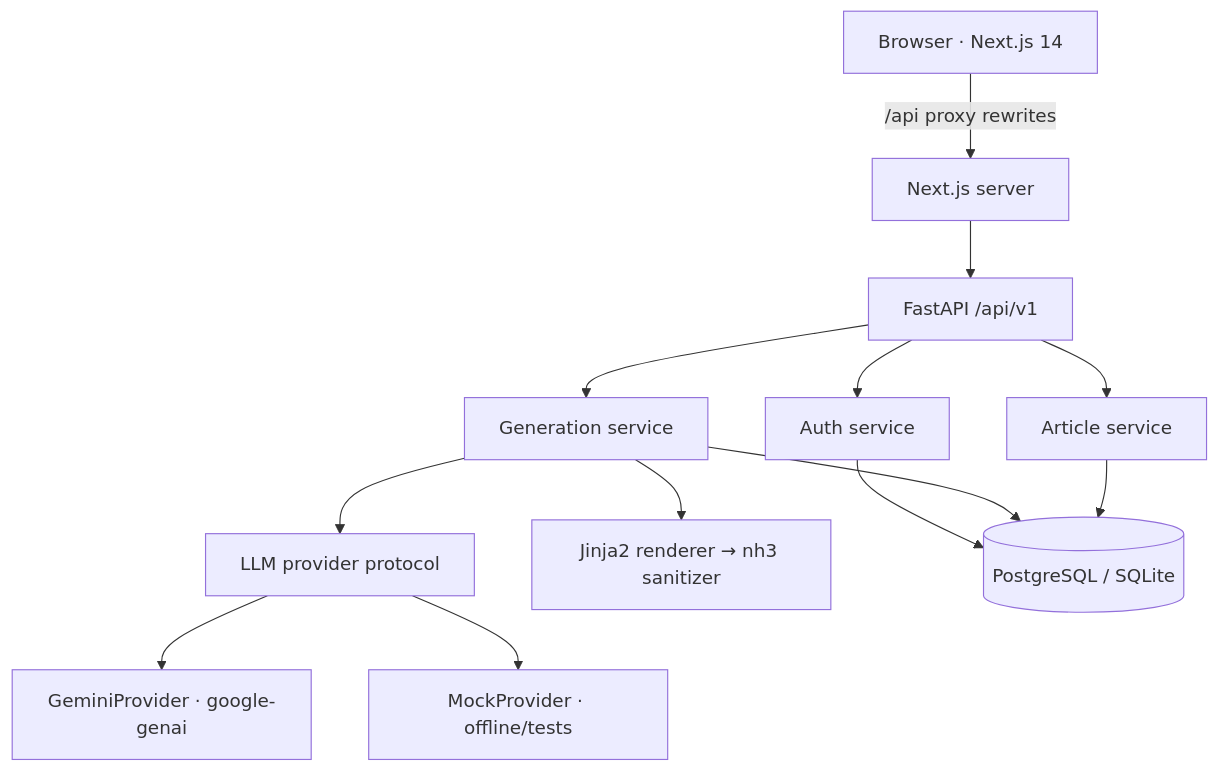
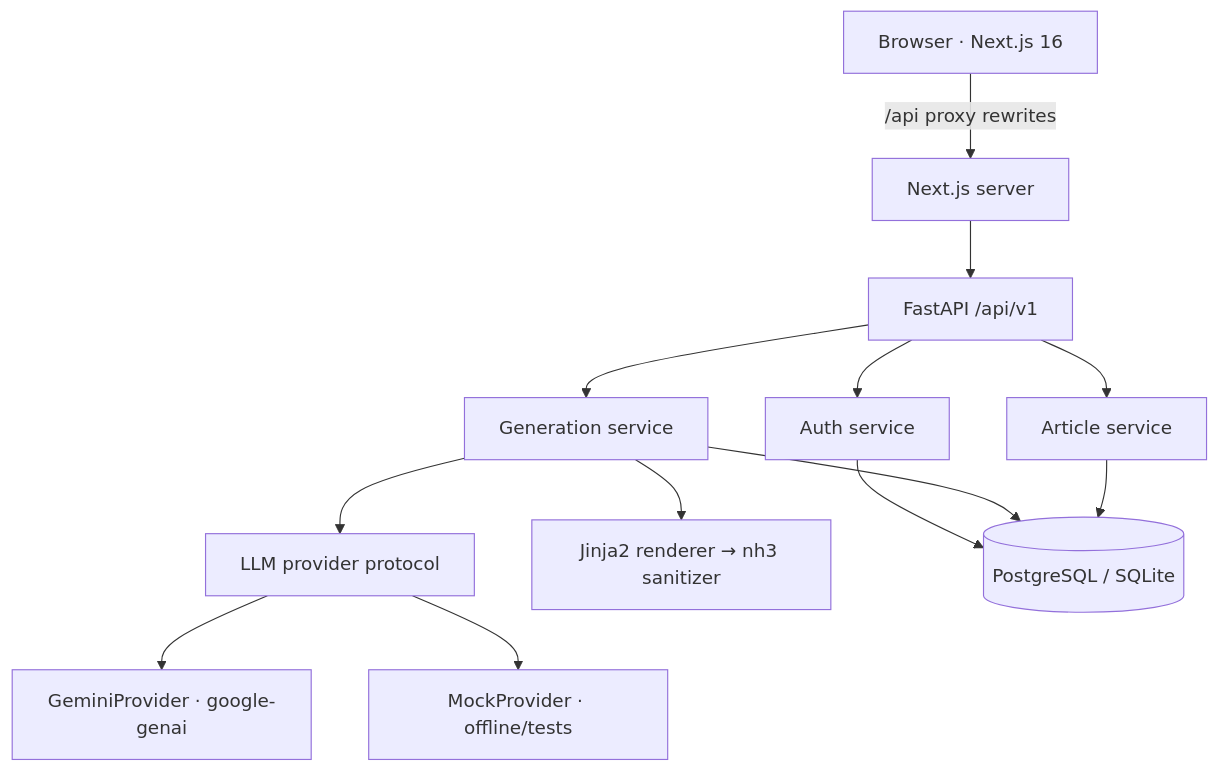
The diagram in README.md (abhay-yemekar/SearchScribe_AI_Studio), drawn with Mermaid before and after one commit. The commit also changed other lines of this file and 15 other files, not shown here.

````diff
--- a/README.md
+++ b/README.md
@@ -21,13 +21,13 @@
 ```mermaid
 flowchart TD
-    Browser[Browser · Next.js 14] -->|"/api proxy rewrites"| FE[Next.js server]
+    Browser[Browser · Next.js 16] -->|"/api proxy rewrites"| FE[Next.js server]
     FE --> API[FastAPI /api/v1]
     API --> Auth[Auth service]
     API --> Gen[Generation service]
     API --> Art[Article service]
     Gen --> AI[LLM provider protocol]
     AI --> Gemini[GeminiProvider · google-genai]
     AI --> Mock[MockProvider · offline/tests]
     Gen --> R[Jinja2 renderer → nh3 sanitizer]
     Auth & Gen & Art --> DB[(PostgreSQL / SQLite)]
 ```
````
